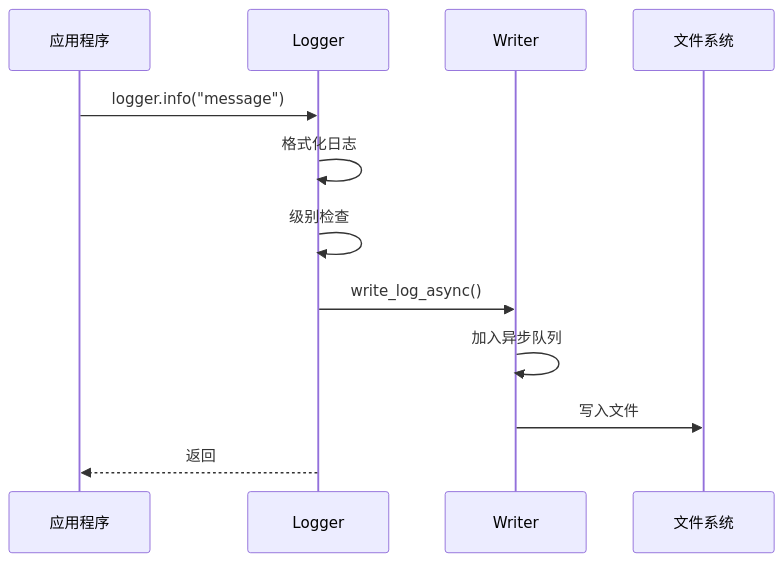
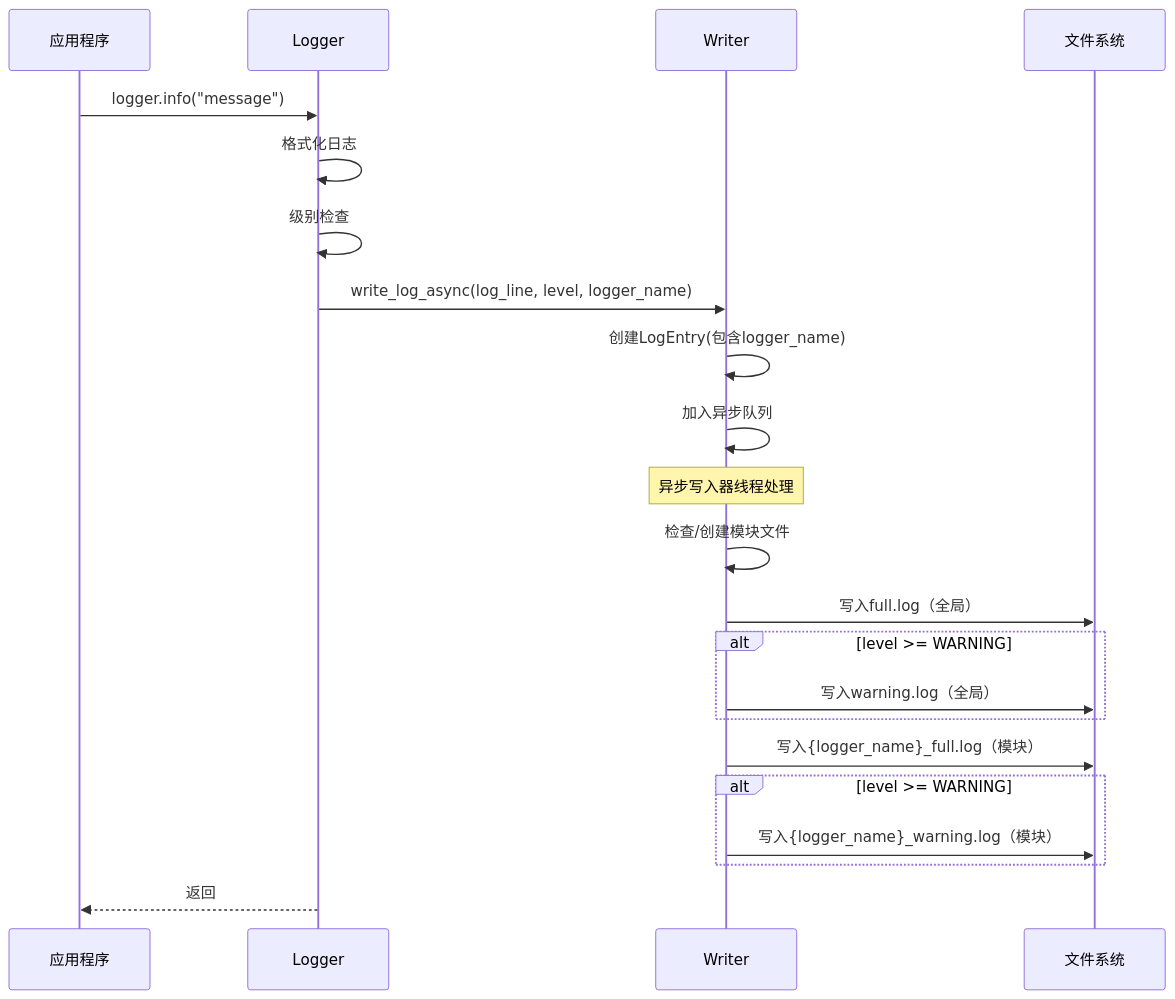
Before and after one commit to jaried/custom_logger: the third of 6 diagrams in docs/architecture_design.md, drawn with Mermaid. The commit also changed other lines of this file and 13 other files, not shown here.

````diff
--- a/docs/architecture_design.md
+++ b/docs/architecture_design.md
@@ -205,15 +211,26 @@
 ```mermaid
 sequenceDiagram
     participant App as 应用程序
     participant Log as Logger
     participant Wrt as Writer
     participant FS as 文件系统
     
     App->>Log: logger.info("message")
     Log->>Log: 格式化日志
     Log->>Log: 级别检查
-    Log->>Wrt: write_log_async()
+    Log->>Wrt: write_log_async(log_line, level, logger_name)
+    Wrt->>Wrt: 创建LogEntry(包含logger_name)
     Wrt->>Wrt: 加入异步队列
-    Wrt->>FS: 写入文件
+    
+    note over Wrt: 异步写入器线程处理
+    Wrt->>Wrt: 检查/创建模块文件
+    Wrt->>FS: 写入full.log（全局）
+    alt level >= WARNING
+        Wrt->>FS: 写入warning.log（全局）
+    end
+    Wrt->>FS: 写入{logger_name}_full.log（模块）
+    alt level >= WARNING
+        Wrt->>FS: 写入{logger_name}_warning.log（模块）
+    end
     Log-->>App: 返回
 ```
````
